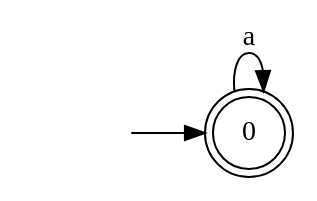
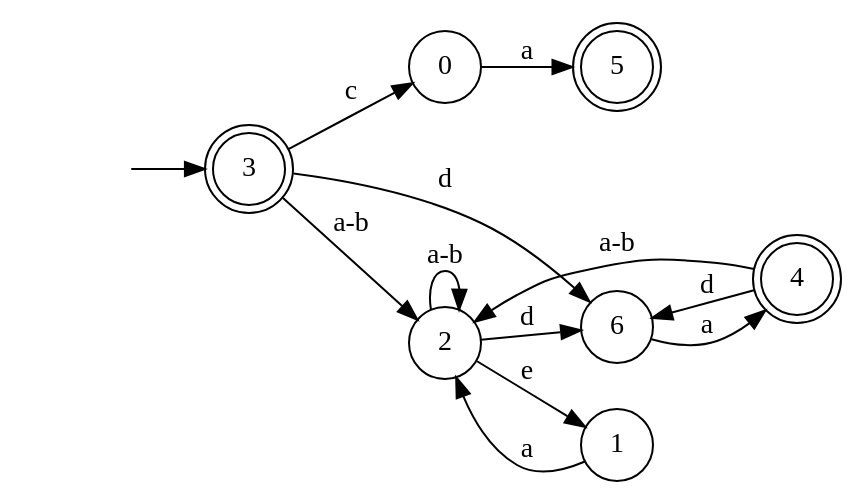
One commit to Faymiaouent/Automa4U changed the diagram in dotfiles/DFA4.dot. Above: the diagram before and after it, drawn with Graphviz. The commit also changed 44 other files, not shown here.

```diff
--- a/dotfiles/DFA4.dot
+++ b/dotfiles/DFA4.dot
@@ -1,7 +1,23 @@
 digraph Automaton {
   rankdir = LR;
-0 [shape=doublecircle]; 
+node [shape=circle];
+  0 -> 5 [label="a"];
+node [shape=circle];
+  1 -> 2 [label="a"];
+node [shape=circle];
+  2 -> 6 [label="d"];
+  2 -> 2 [label="a-b"];
+  2 -> 1 [label="e"];
+3 [shape=doublecircle]; 
   initial [shape=plaintext,label=""];
-  initial -> 0
-  0 -> 0 [label="a"];
+  initial -> 3
+  3 -> 6 [label="d"];
+  3 -> 2 [label="a-b"];
+  3 -> 0 [label="c"];
+4 [shape=doublecircle]; 
+  4 -> 6 [label="d"];
+  4 -> 2 [label="a-b"];
+5 [shape=doublecircle]; 
+node [shape=circle];
+  6 -> 4 [label="a"];
 }
```
